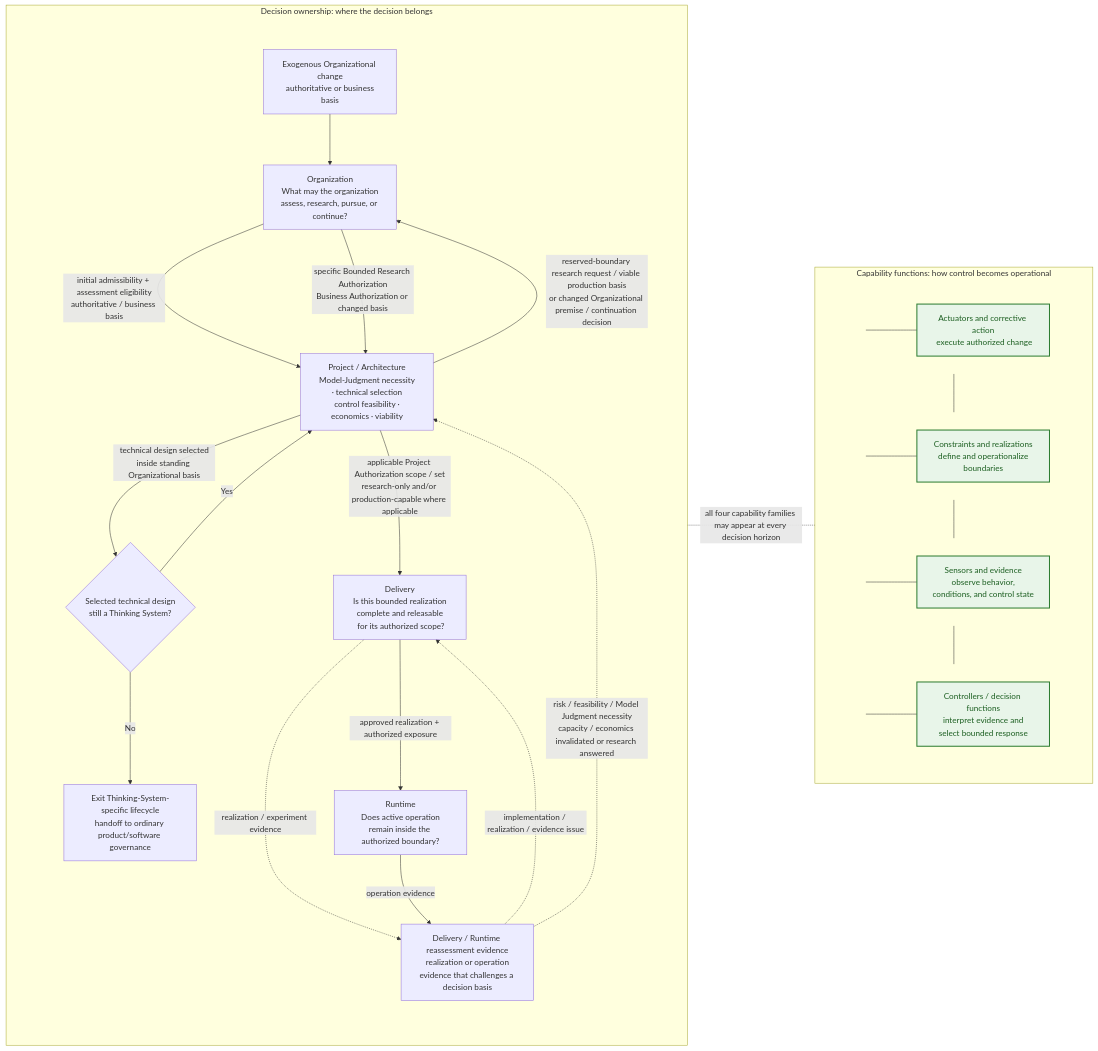
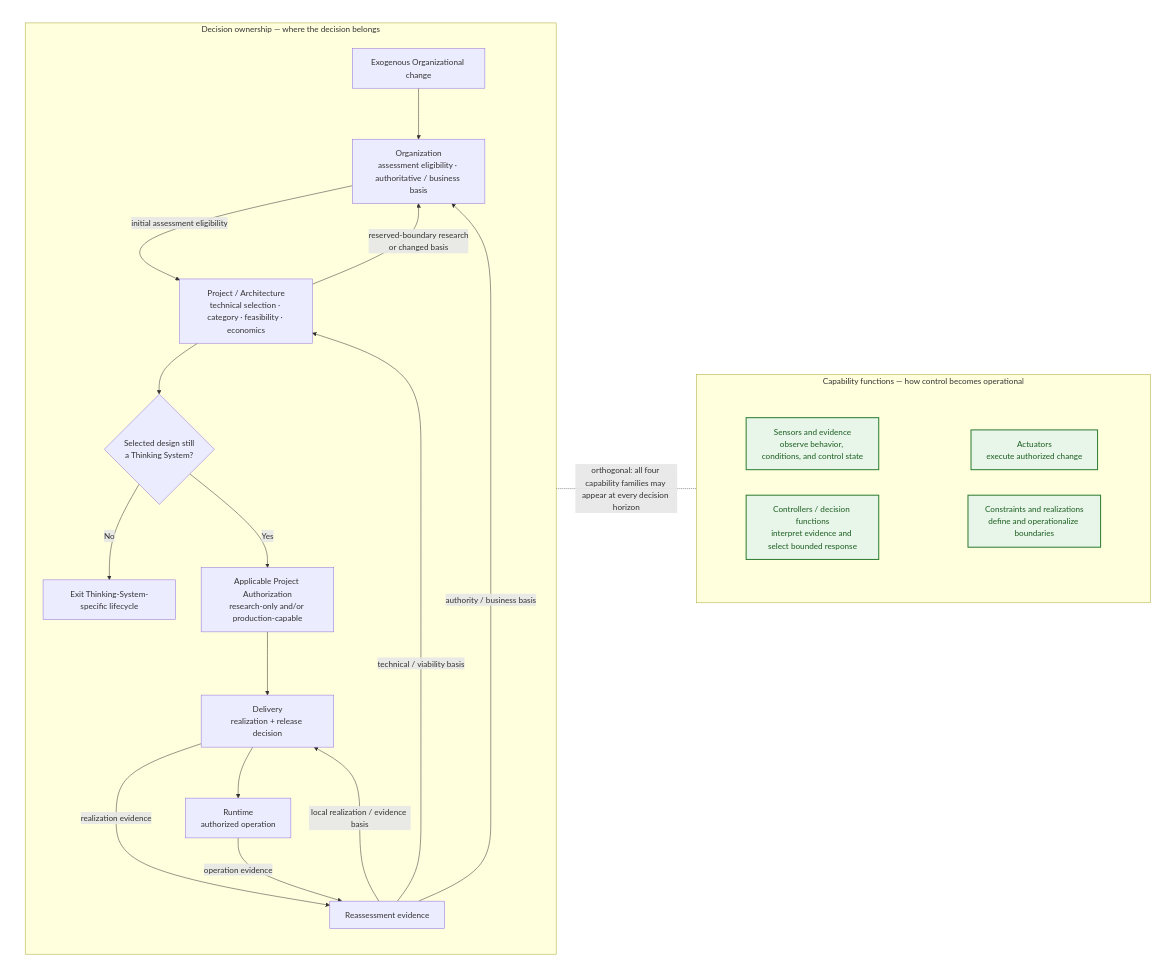
One commit to UncertaintyArchitectureGroup/uncertainty-architecture changed the ninth of 15 diagrams in content/research/notes/open-engineering-specification-article-draft.md. Above: the diagram before and after it, drawn with Mermaid. The commit also changed other lines of this file and 7 other files, not shown here.

Commit message:
research: repair and guard architectural diagram layouts

````diff
--- a/content/research/notes/open-engineering-specification-article-draft.md
+++ b/content/research/notes/open-engineering-specification-article-draft.md
@@ -527,66 +528,43 @@
 ```mermaid
-flowchart LR
-    subgraph L["Decision ownership: where the decision belongs"]
-        direction TB
-        subgraph SPINE9[" "]
+flowchart TB
+    subgraph ROW_ORTHO[" "]
+        direction LR
+        subgraph L["Decision ownership — where the decision belongs"]
             direction TB
-            O["Organization<br/> What may the organization assess, research, pursue, or continue?"]
-            P["Project / Architecture<br/> Model-Judgment necessity · technical selection<br/> control feasibility · economics · viability"]
-            CAT{"Selected technical design<br/> still a Thinking System?"}
-            EXIT["Exit Thinking-System-specific lifecycle<br/>handoff to ordinary product/software governance"]
-            D["Delivery<br/> Is this bounded realization complete and releasable<br/> for its authorized scope?"]
-            R["Runtime<br/> Does active operation remain inside the authorized boundary?"]
-            E["Delivery / Runtime reassessment evidence<br/> realization or operation evidence that challenges a decision basis"]
-            X["Exogenous Organizational change<br/> authoritative or business basis"]
-
-            O -->|initial admissibility + assessment eligibility<br/>authoritative / business basis| P
-            P -->|technical design selected<br/>inside standing Organizational basis| CAT
-            CAT -->|No| EXIT
-            CAT -->|Yes| P
-            P -->|reserved-boundary research request / viable production basis<br/>or changed Organizational premise / continuation decision| O
-            O -->|specific Bounded Research Authorization<br/>Business Authorization or changed basis| P
-            P -->|applicable Project Authorization scope / set<br/>research-only and/or production-capable where applicable| D
-            D -->|approved realization + authorized exposure| R
-            D -.->|realization / experiment evidence| E
+            X["Exogenous Organizational change"] --> O
+            O["Organization<br/>assessment eligibility · authoritative / business basis"]
+            O -->|initial assessment eligibility| P
+            P["Project / Architecture<br/>technical selection · category · feasibility · economics"]
+            P --> CAT{"Selected design still<br/>a Thinking System?"}
+            CAT -->|No| EXIT["Exit Thinking-System-specific lifecycle"]
+            CAT -->|Yes| PA["Applicable Project Authorization<br/>research-only and/or production-capable"]
+            P -->|reserved-boundary research<br/>or changed basis| O
+            PA --> D["Delivery<br/>realization + release decision"]
+            D --> R["Runtime<br/>authorized operation"]
+            D -->|realization evidence| E["Reassessment evidence"]
             R -->|operation evidence| E
-            X --> O
+            E -->|local realization / evidence basis| D
+            E -->|technical / viability basis| P
+            E -->|authority / business basis| O
         end
-
-        E -.->|implementation / realization / evidence issue| D
-        E -.->|risk / feasibility / Model Judgment necessity<br/>capacity / economics invalidated or research answered| P
-        style SPINE9 fill:none,stroke:none
+        subgraph F["Capability functions — how control becomes operational"]
+            direction TB
+            subgraph CAP_TOP[" "]
+                direction LR
+                A["Actuators<br/>execute authorized change"]
+                K["Constraints and realizations<br/>define and operationalize boundaries"]
+            end
+            subgraph CAP_BOTTOM[" "]
+                direction LR
+                S["Sensors and evidence<br/>observe behavior, conditions, and control state"]
+                C["Controllers / decision functions<br/>interpret evidence and select bounded response"]
+            end
+        end
     end
-
-    subgraph F["Capability functions: how control becomes operational"]
-        direction TB
-        subgraph F1[" "]
-            direction LR
-            J1(( )) --- A["Actuators and corrective action<br/> execute authorized change"]
-        end
-        subgraph F2[" "]
-            direction LR
-            J2(( )) --- K["Constraints and realizations<br/> define and operationalize boundaries"]
-        end
-        subgraph F3[" "]
-            direction LR
-            J3(( )) --- S["Sensors and evidence<br/> observe behavior, conditions, and control state"]
-        end
-        subgraph F4[" "]
-            direction LR
-            J4(( )) --- C["Controllers / decision functions<br/> interpret evidence and select bounded response"]
-        end
-        J1 --- J2
-        J2 --- J3
-        J3 --- J4
-        style F1 fill:none,stroke:none
-        style F2 fill:none,stroke:none
-        style F3 fill:none,stroke:none
-        style F4 fill:none,stroke:none
-    end
-
-    L -. "all four capability families may appear at every decision horizon" .- F
+    L -. "orthogonal: all four capability families may appear at every decision horizon" .- F
     classDef capability fill:#e8f5e9,stroke:#2e7d32,stroke-width:2px,color:#1b5e20;
-    classDef railpoint fill:transparent,stroke:transparent,color:transparent;
     class A,K,S,C capability;
-    class J1,J2,J3,J4 railpoint;
+    style ROW_ORTHO fill:transparent,stroke:transparent
+    style CAP_TOP fill:transparent,stroke:transparent
+    style CAP_BOTTOM fill:transparent,stroke:transparent
 ```
````
